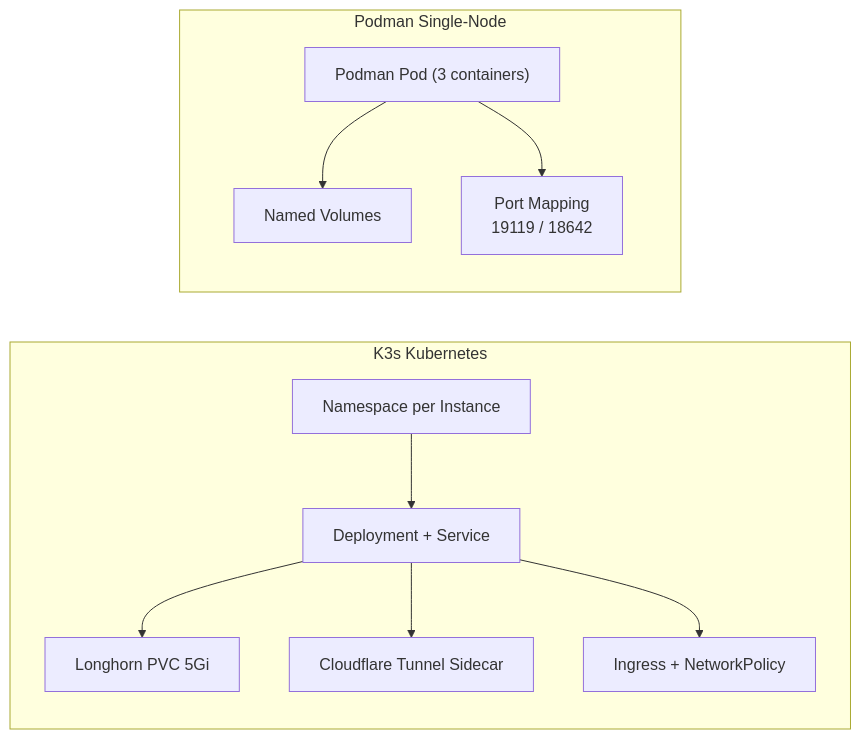
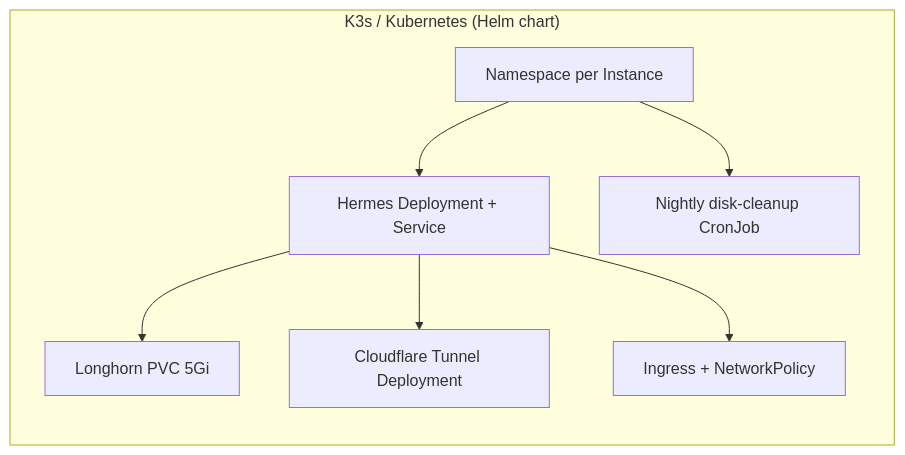
One commit to WOOWTECH/Woow_k3s_hermes changed the fifth of 5 diagrams in README.md. Above: the diagram before and after it, drawn with Mermaid. The commit also changed other lines of this file and 23 other files, not shown here.

````diff
--- a/README.md
+++ b/README.md
@@ -205,23 +200,16 @@
 ```mermaid
 graph LR
-    subgraph K3s["K3s Kubernetes"]
+    subgraph K3s["K3s / Kubernetes (Helm chart)"]
         direction TB
         K_NS["Namespace per Instance"]
-        K_DEP["Deployment + Service"]
+        K_DEP["Hermes Deployment + Service"]
         K_PVC["Longhorn PVC 5Gi"]
-        K_CF["Cloudflare Tunnel Sidecar"]
+        K_CF["Cloudflare Tunnel Deployment"]
         K_ING["Ingress + NetworkPolicy"]
+        K_CRON["Nightly disk-cleanup CronJob"]
         K_NS --> K_DEP --> K_PVC
         K_DEP --> K_CF
         K_DEP --> K_ING
-    end
-
-    subgraph Podman["Podman Single-Node"]
-        direction TB
-        P_POD["Podman Pod (3 containers)"]
-        P_VOL["Named Volumes"]
-        P_PORT["Port Mapping<br/>19119 / 18642"]
-        P_POD --> P_VOL
-        P_POD --> P_PORT
+        K_NS --> K_CRON
     end
 ```
````
